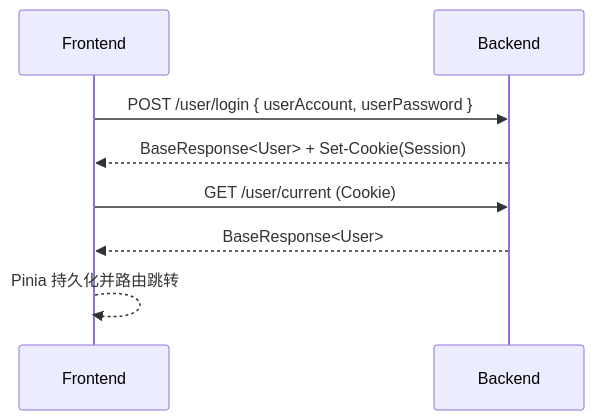
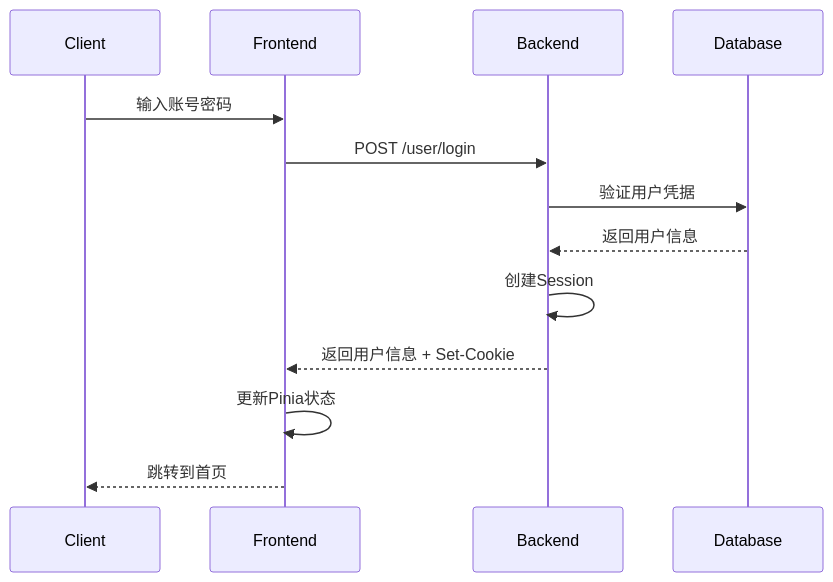
One commit to Reviahh/GoblinCave-CMS-frontend changed the third of 5 diagrams in docs/设计文档/设计文档.md. Above: the diagram before and after it, drawn with Mermaid. The commit also changed other lines of this file and 1 other file, not shown here.

````diff
--- a/docs/设计文档/设计文档.md
+++ b/docs/设计文档/设计文档.md
@@ -127,10 +375,16 @@
 ```mermaid
 sequenceDiagram
-  participant FE as Frontend
-  participant BE as Backend
-  FE->>BE: POST /user/login { userAccount, userPassword }
-  BE-->>FE: BaseResponse<User> + Set-Cookie(Session)
-  FE->>BE: GET /user/current (Cookie)
-  BE-->>FE: BaseResponse<User>
-  FE-->>FE: Pinia 持久化并路由跳转
+    participant C as Client
+    participant F as Frontend
+    participant B as Backend
+    participant DB as Database
+    
+    C->>F: 输入账号密码
+    F->>B: POST /user/login
+    B->>DB: 验证用户凭据
+    DB-->>B: 返回用户信息
+    B->>B: 创建Session
+    B-->>F: 返回用户信息 + Set-Cookie
+    F->>F: 更新Pinia状态
+    F-->>C: 跳转到首页
 ```
````
